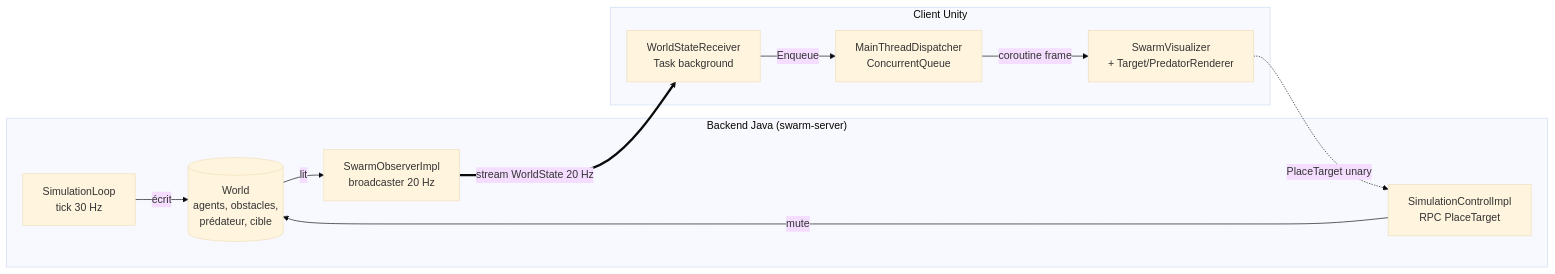
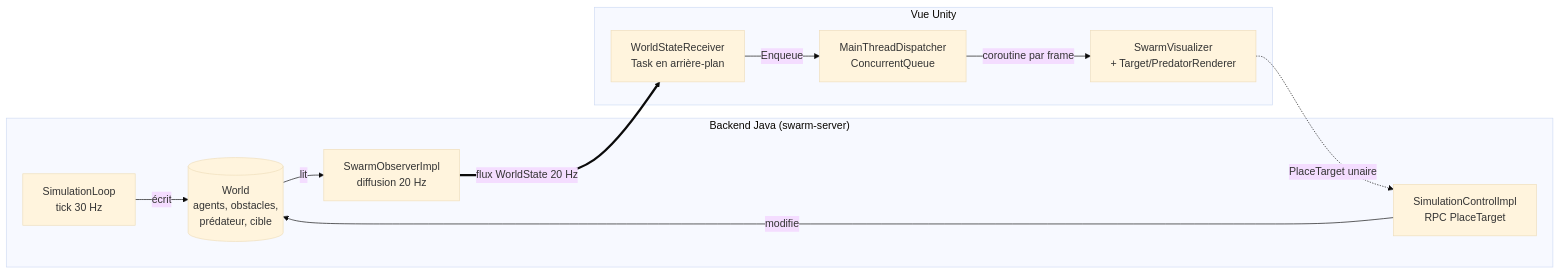
Before and after one commit to gakkel-labs/swarm-simulator: the diagram in README.fr.md, drawn with Mermaid (base theme). The commit also changed other lines of this file and 1 other file, not shown here.

````diff
--- a/README.fr.md
+++ b/README.fr.md
@@ -140,23 +125,23 @@
 ```mermaid
 flowchart LR
     subgraph Backend["Backend Java (swarm-server)"]
         SIM[SimulationLoop<br/>tick 30 Hz]
         WORLD[(World<br/>agents, obstacles,<br/>prédateur, cible)]
-        BCAST[SwarmObserverImpl<br/>broadcaster 20 Hz]
+        BCAST[SwarmObserverImpl<br/>diffusion 20 Hz]
         CTRL[SimulationControlImpl<br/>RPC PlaceTarget]
         SIM -->|écrit| WORLD
         WORLD -->|lit| BCAST
-        CTRL -->|mute| WORLD
+        CTRL -->|modifie| WORLD
     end
 
-    subgraph Unity["Client Unity"]
-        RECV[WorldStateReceiver<br/>Task background]
+    subgraph Unity["Vue Unity"]
+        RECV[WorldStateReceiver<br/>Task en arrière-plan]
         DISP[MainThreadDispatcher<br/>ConcurrentQueue]
         VIZ[SwarmVisualizer<br/>+ Target/PredatorRenderer]
         RECV -->|Enqueue| DISP
-        DISP -->|coroutine frame| VIZ
+        DISP -->|coroutine par frame| VIZ
     end
 
-    BCAST ==>|stream WorldState 20 Hz| RECV
-    VIZ -.->|PlaceTarget unary| CTRL
+    BCAST ==>|flux WorldState 20 Hz| RECV
+    VIZ -.->|PlaceTarget unaire| CTRL
 ```
````
